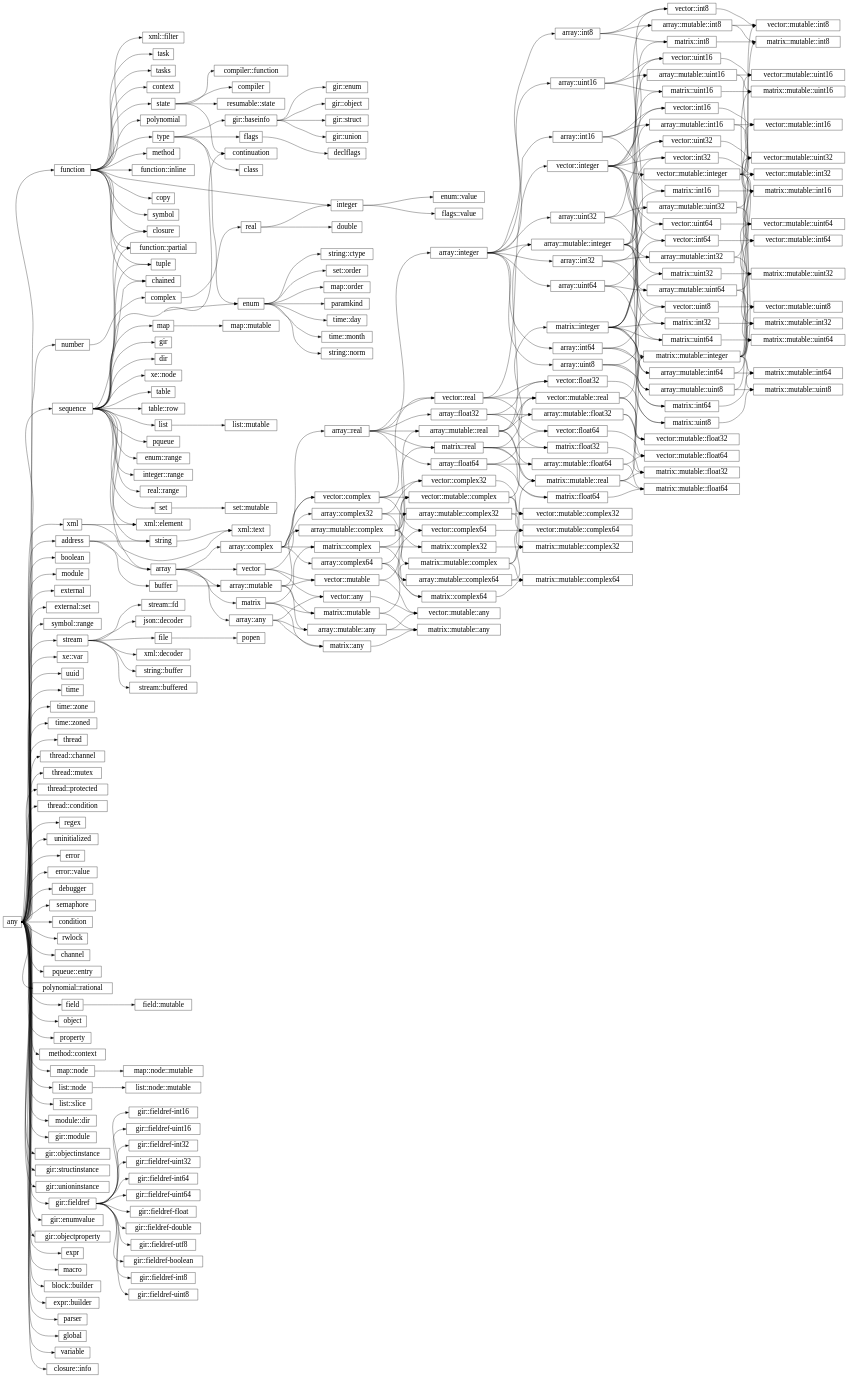
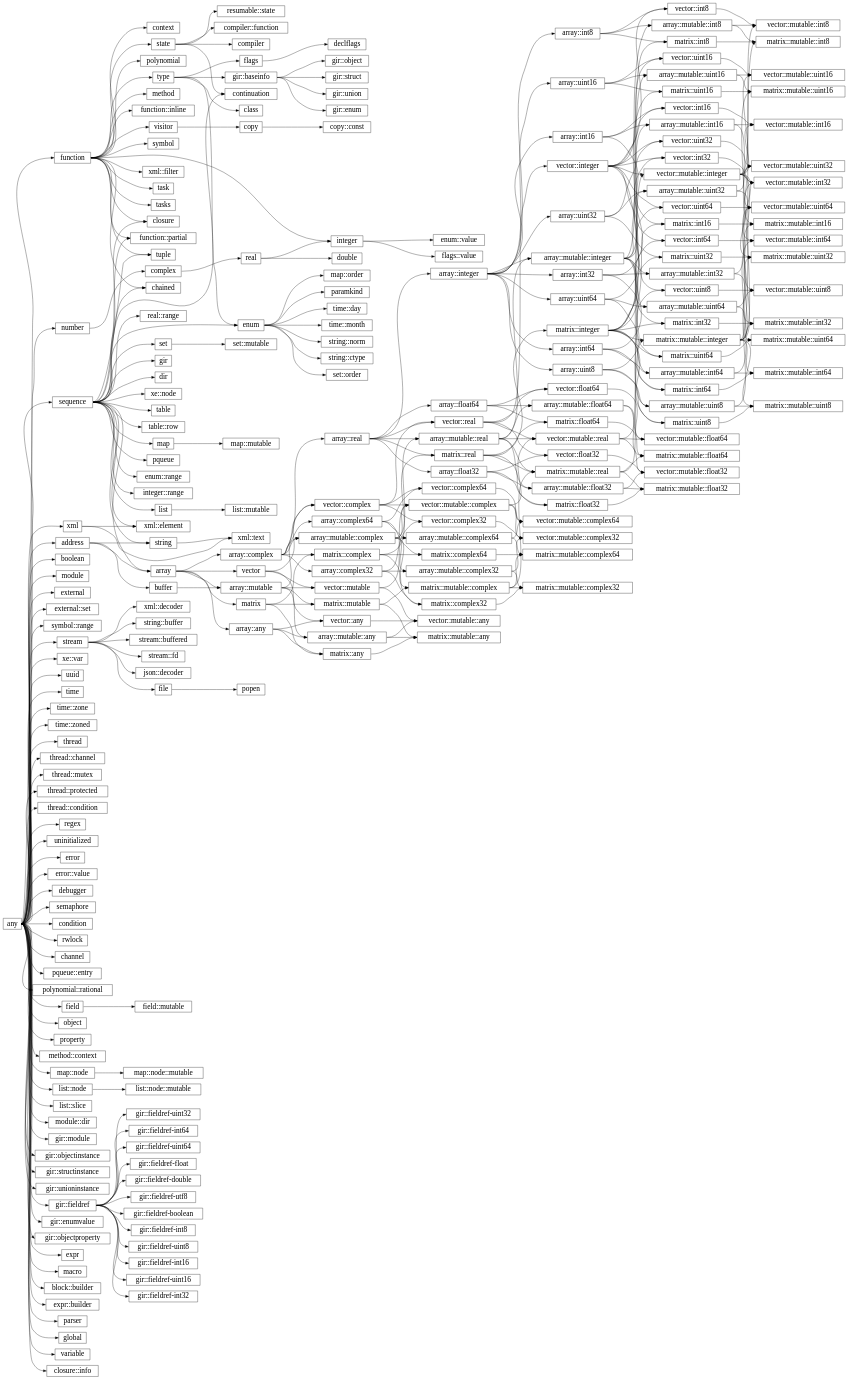
Before and after one commit to wrapl/minilang: the diagram in docs/library/hierarchy.rst, drawn with Graphviz. The commit also changed 17 other files, not shown here.

```diff
--- a/docs/library/hierarchy.rst
+++ b/docs/library/hierarchy.rst
@@ -15,7 +15,9 @@
       "any":e -> "sequence":w;
       "any":e -> "function":w;
       "function":e -> "type":w;
-      "function":e -> "copy":w;
+      "function":e -> "visitor":w;
+      "visitor":e -> "copy":w;
+      "copy":e -> "copy::const":w;
       "function":e -> "function::partial":w;
       "sequence":e -> "function::partial":w;
       "function":e -> "tuple":w;
```
